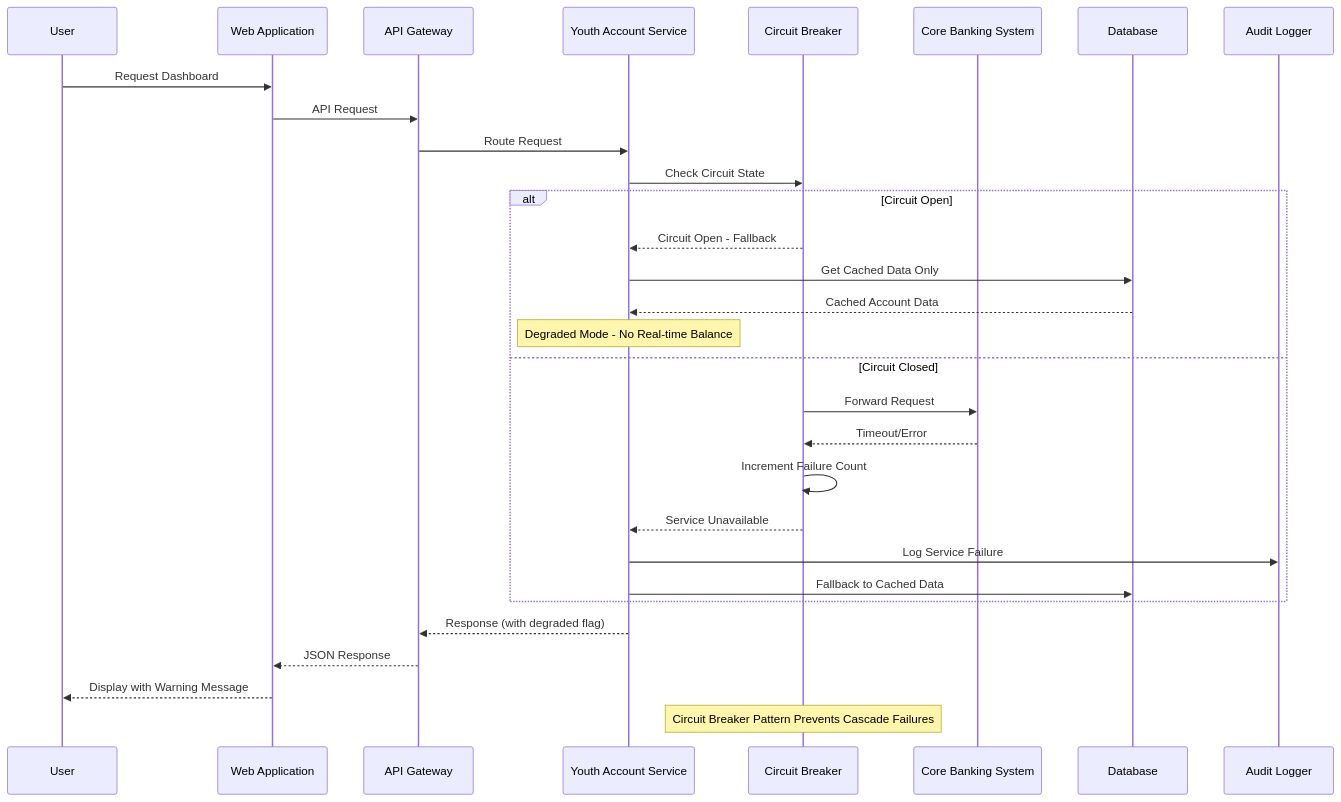
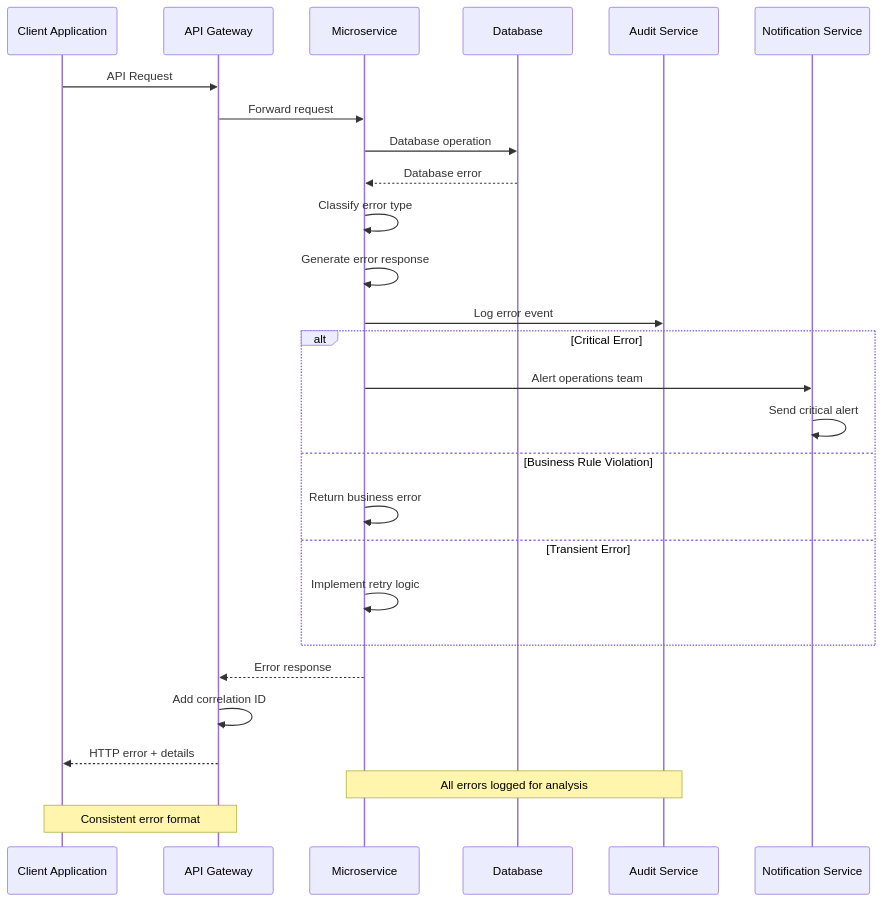
Before and after one commit to ThapaswiASC/SCIB-INCEPTION-PHASE-DEMO: the sixth of 7 diagrams in API Development/Components and Sequence Diagrams/sequence_diagram.md, drawn with Mermaid. The commit also changed other lines of this file and 1 other file, not shown here.

````diff
--- a/API Development/Components and Sequence Diagrams/sequence_diagram.md
+++ b/API Development/Components and Sequence Diagrams/sequence_diagram.md
@@ -282,36 +268,34 @@
 ```mermaid
 sequenceDiagram
-    participant U as User
-    participant WA as Web Application
-    participant AG as API Gateway
-    participant YS as Youth Account Service
-    participant CB as Circuit Breaker
-    participant CBS as Core Banking System
-    participant DB as Database
-    participant AL as Audit Logger
+    participant Client as Client Application
+    participant APIGateway as API Gateway
+    participant Service as Microservice
+    participant Database as Database
+    participant AuditSvc as Audit Service
+    participant NotificationSvc as Notification Service
 
-    U->>WA: Request Dashboard
-    WA->>AG: API Request
-    AG->>YS: Route Request
+    Client->>APIGateway: API Request
+    APIGateway->>Service: Forward request
+    Service->>Database: Database operation
+    Database-->>Service: Database error
     
-    YS->>CB: Check Circuit State
-    alt Circuit Open
-        CB-->>YS: Circuit Open - Fallback
-        YS->>DB: Get Cached Data Only
-        DB-->>YS: Cached Account Data
-        Note over YS: Degraded Mode - No Real-time Balance
-    else Circuit Closed
-        CB->>CBS: Forward Request
-        CBS-->>CB: Timeout/Error
-        CB->>CB: Increment Failure Count
-        CB-->>YS: Service Unavailable
-        YS->>AL: Log Service Failure
-        YS->>DB: Fallback to Cached Data
+    Service->>Service: Classify error type
+    Service->>Service: Generate error response
+    Service->>AuditSvc: Log error event
+    
+    alt Critical Error
+        Service->>NotificationSvc: Alert operations team
+        NotificationSvc->>NotificationSvc: Send critical alert
+    else Business Rule Violation
+        Service->>Service: Return business error
+    else Transient Error
+        Service->>Service: Implement retry logic
     end
     
-    YS-->>AG: Response (with degraded flag)
-    AG-->>WA: JSON Response
-    WA-->>U: Display with Warning Message
+    Service-->>APIGateway: Error response
+    APIGateway->>APIGateway: Add correlation ID
+    APIGateway-->>Client: HTTP error + details
     
-    Note over CB: Circuit Breaker Pattern Prevents Cascade Failures
+    Note over Service,AuditSvc: All errors logged for analysis
+    Note over APIGateway,Client: Consistent error format
 ```
````
